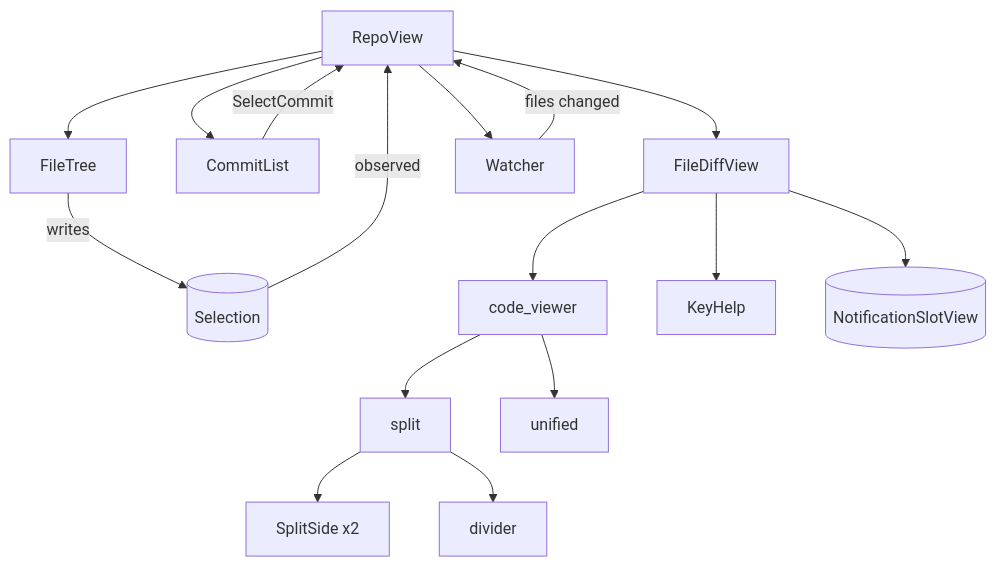
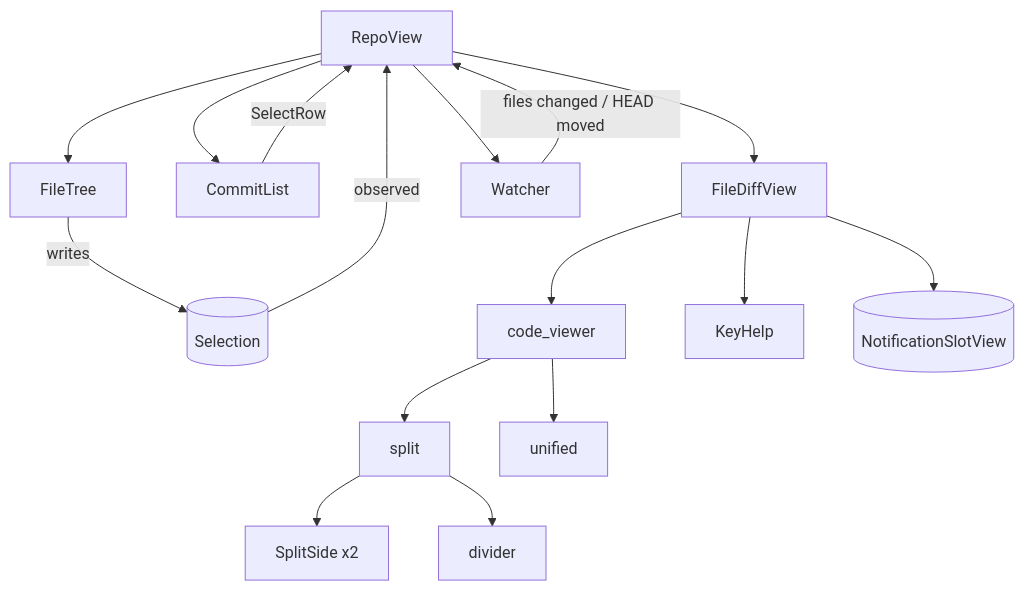
One commit to akemkers/jetdiff changed the diagram in crates/jetdiff-ui/README.md. Above: the diagram before and after it, drawn with Mermaid. The commit also changed 33 other files, not shown here.

````diff
--- a/crates/jetdiff-ui/README.md
+++ b/crates/jetdiff-ui/README.md
@@ -38,18 +38,18 @@
 ```mermaid
 graph TD
     rv[RepoView] --> tree[FileTree]
     rv --> commits[CommitList]
     rv --> fdv[FileDiffView]
     rv --> watcher[Watcher]
     tree -- writes --> sel[(Selection)]
     sel -- observed --> rv
-    commits -- SelectCommit --> rv
-    watcher -- files changed --> rv
+    commits -- SelectRow --> rv
+    watcher -- files changed / HEAD moved --> rv
     fdv --> viewer[code_viewer]
     viewer --> split[split]
     viewer --> unified[unified]
     split --> side[SplitSide x2]
     split --> div[divider]
     fdv --> help[KeyHelp]
     fdv --> slot[(NotificationSlotView)]
 ```
````
